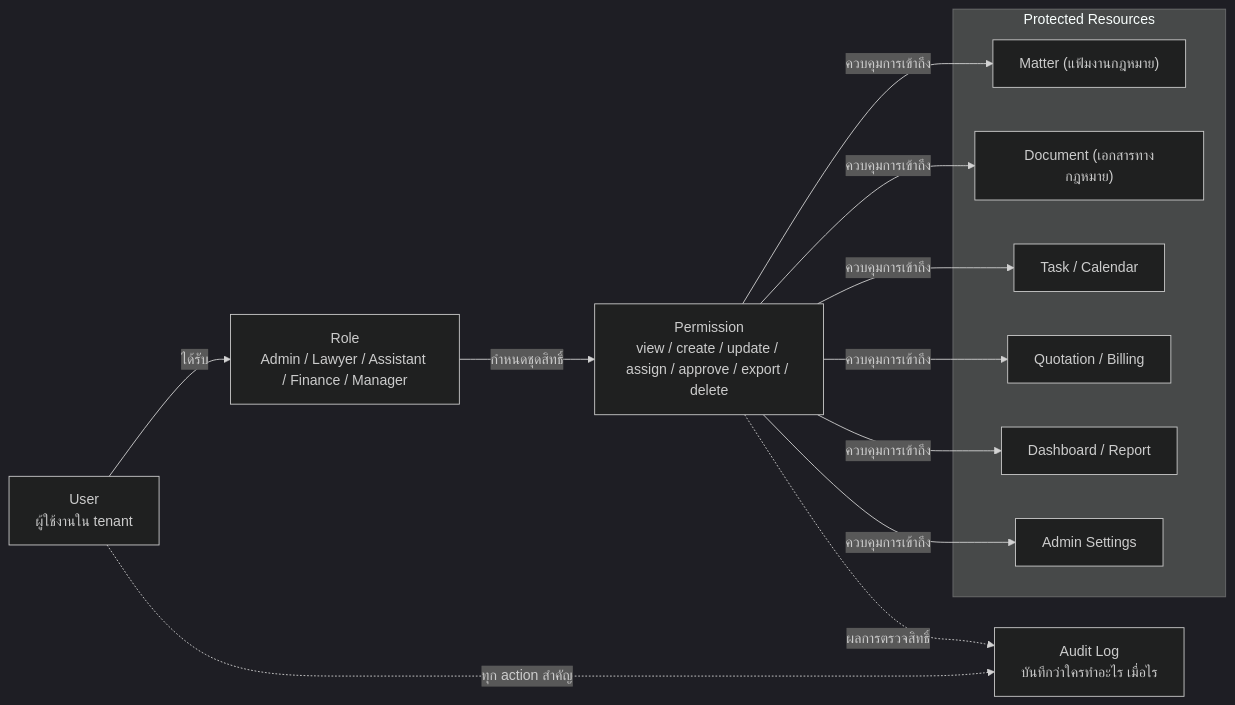
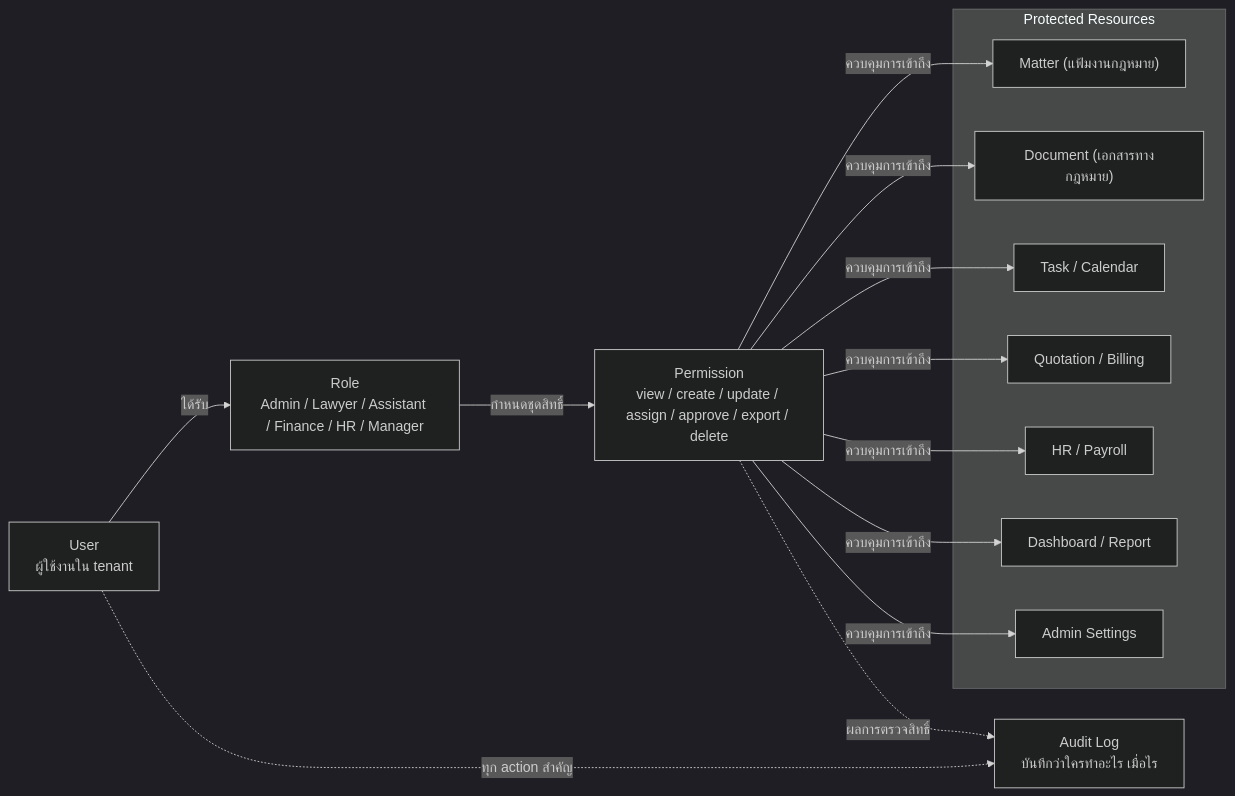
Before and after one commit to yukasung/legal_erp_docs: the diagram in docs/app/docs/roles/permissions/page.mdx, drawn with Mermaid (dark theme). The commit also changed other lines of this file and 5 other files, not shown here.

Commit message:
Update architecture and roles docs for HR and time tracking

````diff
--- a/docs/app/docs/roles/permissions/page.mdx
+++ b/docs/app/docs/roles/permissions/page.mdx
@@ -11,29 +11,31 @@
 ```mermaid
 flowchart LR
   User["User<br/>ผู้ใช้งานใน tenant"]
-  Role["Role<br/>Admin / Lawyer / Assistant / Finance / Manager"]
+  Role["Role<br/>Admin / Lawyer / Assistant / Finance / HR / Manager"]
   Permission["Permission<br/>view / create / update / assign / approve / export / delete"]
 
   subgraph Resources["Protected Resources"]
     Matter["Matter (แฟ้มงานกฎหมาย)"]
     Document["Document (เอกสารทางกฎหมาย)"]
     Task["Task / Calendar"]
     Billing["Quotation / Billing"]
+    Personnel["HR / Payroll"]
     Report["Dashboard / Report"]
     AdminConfig["Admin Settings"]
   end
 
   Audit["Audit Log<br/>บันทึกว่าใครทำอะไร เมื่อไร"]
 
   User -->|"ได้รับ"| Role
   Role -->|"กำหนดชุดสิทธิ์"| Permission
   Permission -->|"ควบคุมการเข้าถึง"| Matter
   Permission -->|"ควบคุมการเข้าถึง"| Document
   Permission -->|"ควบคุมการเข้าถึง"| Task
   Permission -->|"ควบคุมการเข้าถึง"| Billing
+  Permission -->|"ควบคุมการเข้าถึง"| Personnel
   Permission -->|"ควบคุมการเข้าถึง"| Report
   Permission -->|"ควบคุมการเข้าถึง"| AdminConfig
 
   User -. "ทุก action สำคัญ" .-> Audit
   Permission -. "ผลการตรวจสิทธิ์" .-> Audit
 ```
````
